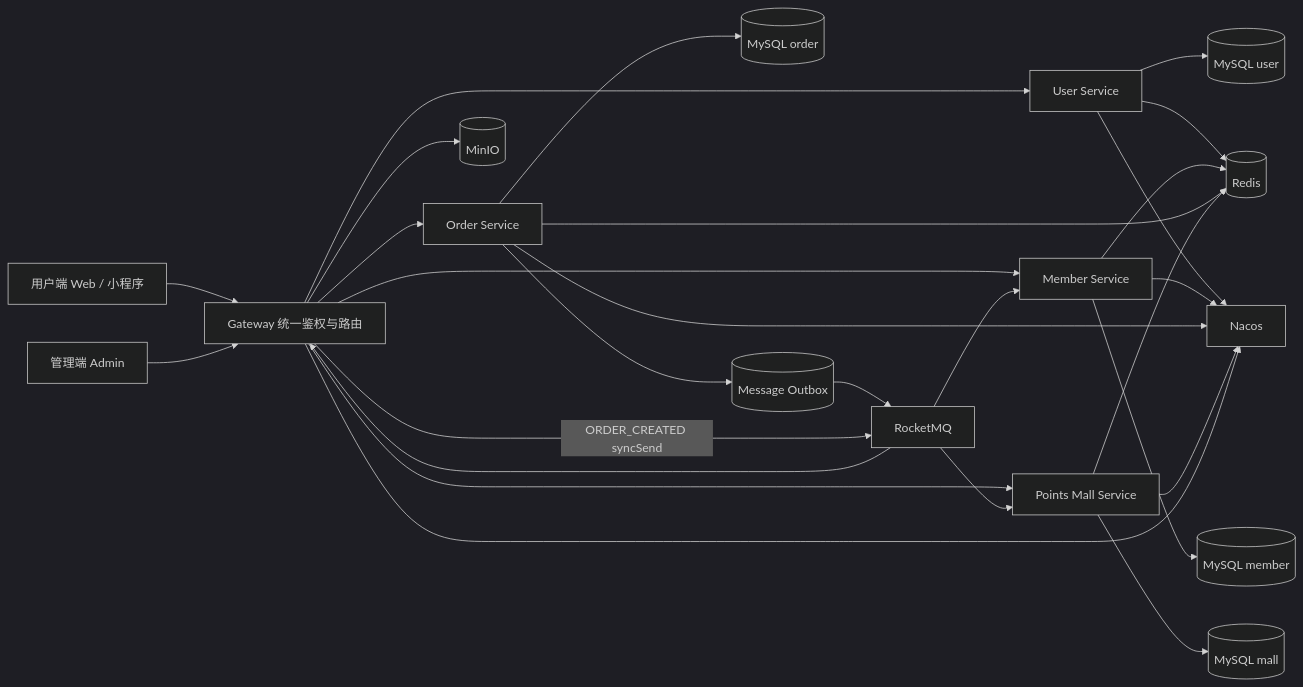
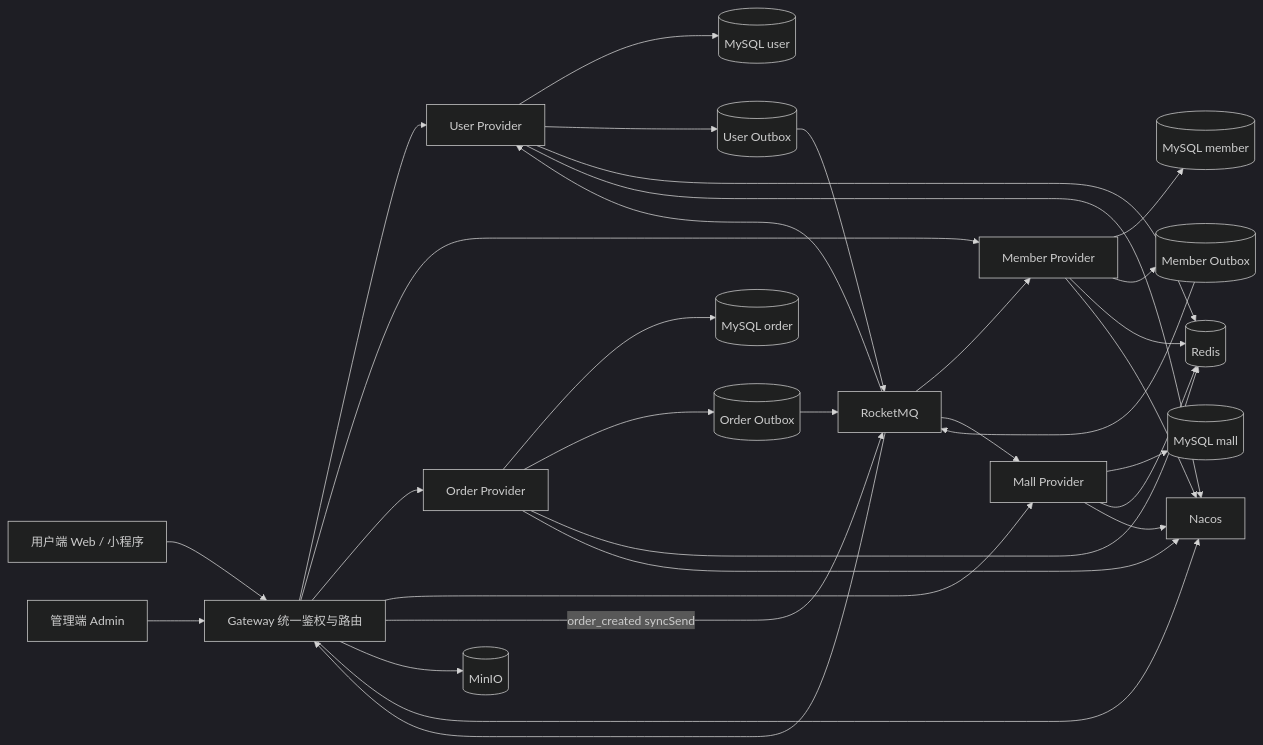
Before and after one commit to Lstarxing/cozy-coffee: the first of 4 diagrams in README.md, drawn with Mermaid (dark theme). The commit also changed other lines of this file and 52 other files, not shown here.

````diff
--- a/README.md
+++ b/README.md
@@ -58,35 +56,40 @@
 ```mermaid
 flowchart LR
     U[用户端 Web / 小程序] --> G[Gateway 统一鉴权与路由]
     A[管理端 Admin] --> G
 
-    G --> US[User Service]
-    G --> MS[Member Service]
-    G --> OS[Order Service]
-    G --> PS[Points Mall Service]
+    G --> US[User Provider]
+    G --> MS[Member Provider]
+    G --> OS[Order Provider]
+    G --> PS[Mall Provider]
 
     US --> MYSQL1[(MySQL user)]
     MS --> MYSQL2[(MySQL member)]
     OS --> MYSQL3[(MySQL order)]
     PS --> MYSQL4[(MySQL mall)]
 
-    OS --> OUTBOX[(Message Outbox)]
-    OUTBOX --> MQ[RocketMQ]
-    G -->|ORDER_CREATED syncSend| MQ
+    OS --> OB[(Order Outbox)]
+    US --> UB[(User Outbox)]
+    MS --> MB[(Member Outbox)]
+    OB --> MQ[RocketMQ]
+    UB --> MQ
+    MB --> MQ
+    G -->|order_created syncSend| MQ
     MQ --> G
+    MQ --> US
     MQ --> MS
     MQ --> PS
 
     G --> MINIO[(MinIO)]
 
     US --> R[(Redis)]
     MS --> R
     OS --> R
     PS --> R
 
     US --> N[Nacos]
     MS --> N
     OS --> N
     PS --> N
     G --> N
 ```
````
